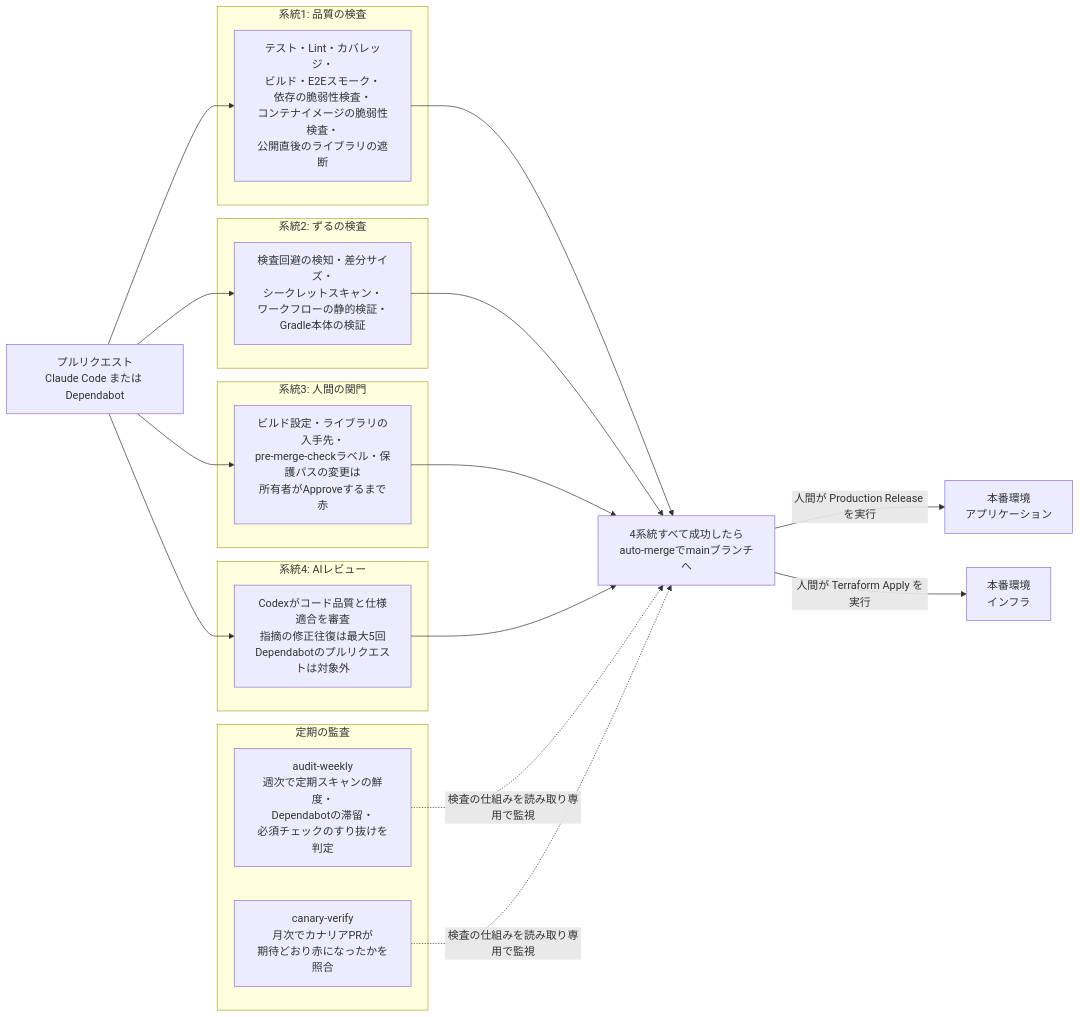
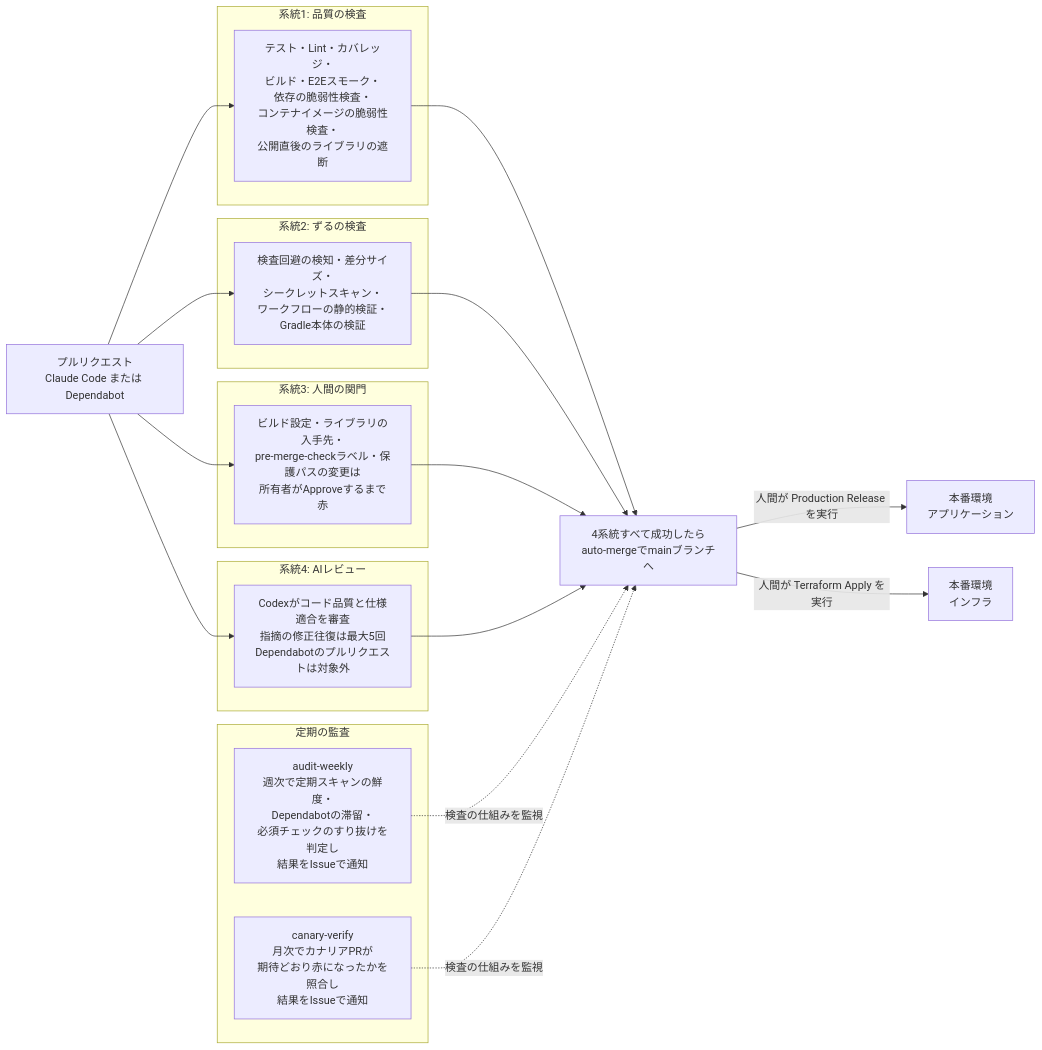
The first of 2 diagrams in README.md (DogisRiki/KeirekiPro), drawn with Mermaid before and after one commit. The commit also changed other lines of this file and 2 other files, not shown here.

Commit message:
docs(audit-notification): READMEと前回の仕様書を更新する
Changes:
- README: 週次監査・カナリア照合の図と一覧表を、結果をIssueで知らせる内容に更新
- audit-automation の要件4・6-4・6-5 に、audit-notification(#347)で置き換えた旨の注記を追加(本文は変更しない)

Reason:
ワークフロー変更PRの規約に従い、説明を実態と一致させるため(tasks 4.2)

BREAKING CHANGE: N/A
Related: #310
Refs: #347

````diff
--- a/README.md
+++ b/README.md
@@ -53,34 +53,34 @@
 ```mermaid
 flowchart LR
     PR[プルリクエスト<br>Claude Code または Dependabot]
 
     subgraph s1[系統1: 品質の検査]
         Q[テスト・Lint・カバレッジ・<br>ビルド・E2Eスモーク・<br>依存の脆弱性検査・<br>コンテナイメージの脆弱性検査・<br>公開直後のライブラリの遮断]
     end
     subgraph s2[系統2: ずるの検査]
         Z[検査回避の検知・差分サイズ・<br>シークレットスキャン・<br>ワークフローの静的検証・<br>Gradle本体の検証]
     end
     subgraph s3[系統3: 人間の関門]
         H[ビルド設定・ライブラリの入手先・<br>pre-merge-checkラベル・保護パスの変更は<br>所有者がApproveするまで赤]
     end
     subgraph s4[系統4: AIレビュー]
         A[Codexがコード品質と仕様適合を審査<br>指摘の修正往復は最大5回<br>Dependabotのプルリクエストは対象外]
     end
 
     PR --> Q
     PR --> Z
     PR --> H
     PR --> A
 
     Q & Z & H & A --> M[4系統すべて成功したら<br>auto-mergeでmainブランチへ]
 
     M -->|人間が Production Release を実行| App[本番環境<br>アプリケーション]
     M -->|人間が Terraform Apply を実行| Infra[本番環境<br>インフラ]
 
     subgraph s5[定期の監査]
-        AW[audit-weekly<br>週次で定期スキャンの鮮度・<br>Dependabotの滞留・<br>必須チェックのすり抜けを判定]
-        CV[canary-verify<br>月次でカナリアPRが<br>期待どおり赤になったかを照合]
+        AW[audit-weekly<br>週次で定期スキャンの鮮度・<br>Dependabotの滞留・<br>必須チェックのすり抜けを判定し<br>結果をIssueで通知]
+        CV[canary-verify<br>月次でカナリアPRが<br>期待どおり赤になったかを照合し<br>結果をIssueで通知]
     end
 
-    AW & CV -.検査の仕組みを読み取り専用で監視.-> M
+    AW & CV -.検査の仕組みを監視.-> M
 ```
````
